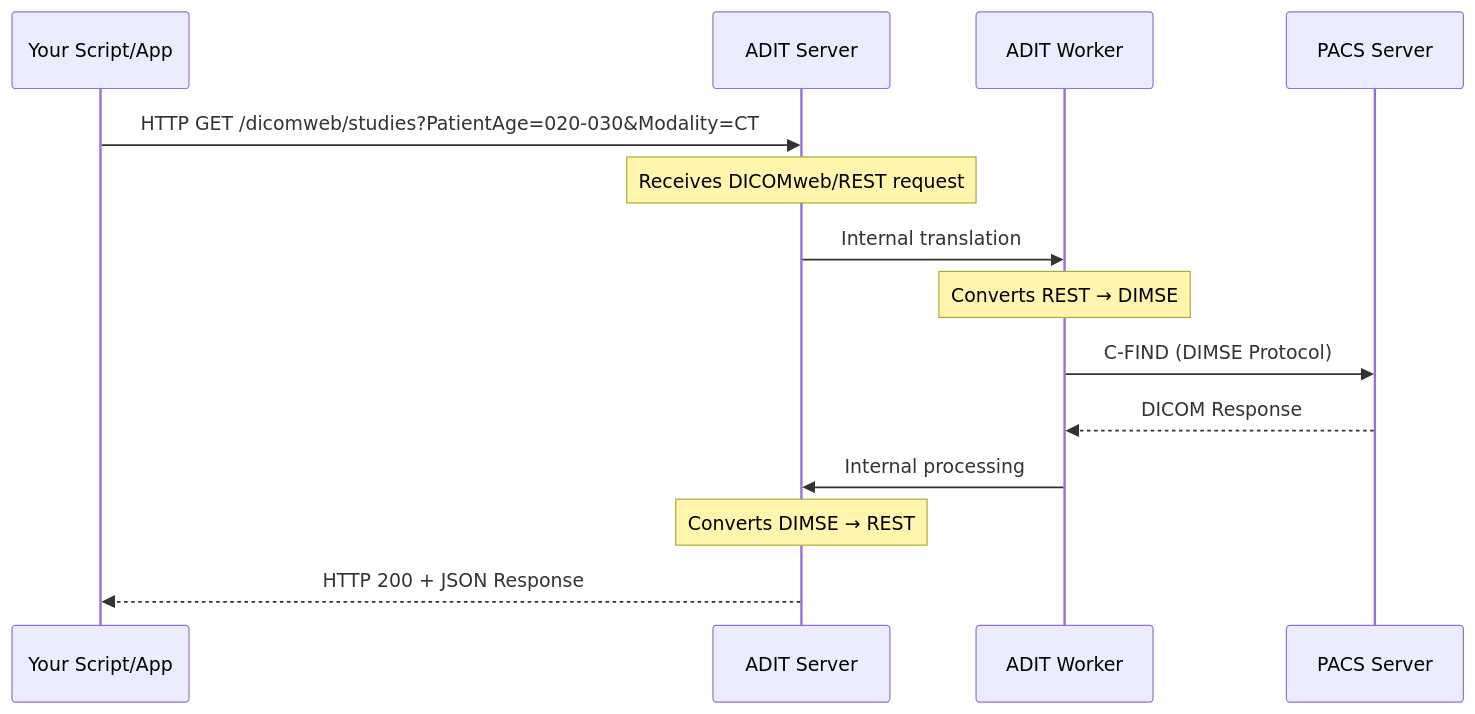
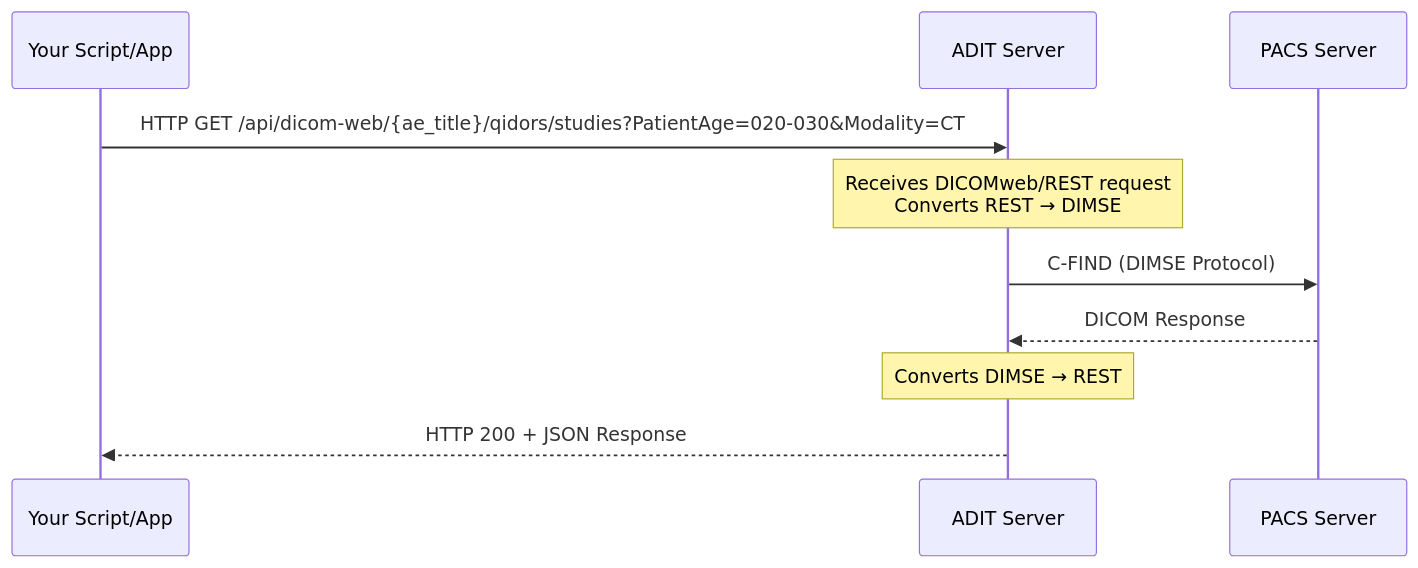
One commit to openradx/adit changed the diagram in README.md. Above: the diagram before and after it, drawn with Mermaid. The commit also changed other lines of this file and 6 other files, not shown here.

````diff
--- a/README.md
+++ b/README.md
@@ -43,21 +43,15 @@
 ```mermaid
 sequenceDiagram
     participant Client as Your Script/App
     participant ADIT as ADIT Server
-    participant Worker as ADIT Worker
     participant PACS as PACS Server
 
-    Client->>ADIT: HTTP GET /dicomweb/studies?PatientAge=020-030&Modality=CT
-    Note over ADIT: Receives DICOMweb/REST request
+    Client->>ADIT: HTTP GET /api/dicom-web/{ae_title}/qidors/studies?PatientAge=020-030&Modality=CT
+    Note over ADIT: Receives DICOMweb/REST request<br/>Converts REST → DIMSE
 
-    ADIT->>Worker: Internal translation
-    Note over Worker: Converts REST → DIMSE
+    ADIT->>PACS: C-FIND (DIMSE Protocol)
+    PACS-->>ADIT: DICOM Response
 
-    Worker->>PACS: C-FIND (DIMSE Protocol)
-    PACS-->>Worker: DICOM Response
-
-    Worker->>ADIT: Internal processing
     Note over ADIT: Converts DIMSE → REST
-
     ADIT-->>Client: HTTP 200 + JSON Response
 ```
````
